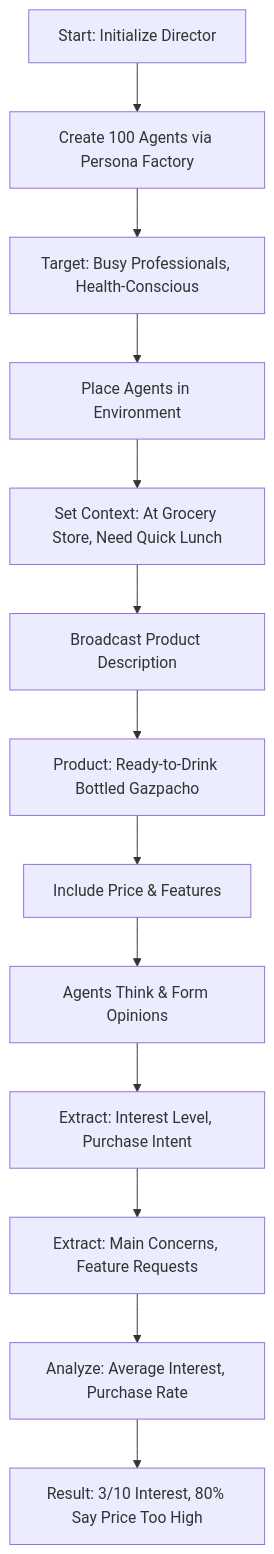
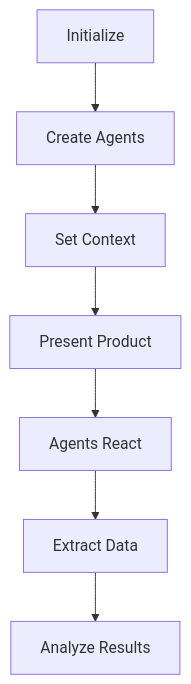
Before and after one commit to Param-Harrison/ebook-writer: diagram 12 of 16 in books/ai-simulation.md, drawn with Mermaid. The commit also changed other lines of this file and 35 other files, not shown here.

````diff
--- a/books/ai-simulation.md
+++ b/books/ai-simulation.md
@@ -608,15 +592,9 @@
 ```mermaid
-graph TD
-    A[Start: Initialize Director] --> B[Create 100 Agents via Persona Factory]
-    B --> C[Target: Busy Professionals, Health-Conscious]
-    C --> D[Place Agents in Environment]
-    D --> E[Set Context: At Grocery Store, Need Quick Lunch]
-    E --> F[Broadcast Product Description]
-    F --> G[Product: Ready-to-Drink Bottled Gazpacho]
-    G --> H[Include Price & Features]
-    H --> I[Agents Think & Form Opinions]
-    I --> J[Extract: Interest Level, Purchase Intent]
-    J --> K[Extract: Main Concerns, Feature Requests]
-    K --> L[Analyze: Average Interest, Purchase Rate]
-    L --> M[Result: 3/10 Interest, 80% Say Price Too High]
+flowchart TD
+    Start[Initialize] --> Create[Create Agents]
+    Create --> Setup[Set Context]
+    Setup --> Present[Present Product]
+    Present --> React[Agents React]
+    React --> Extract[Extract Data]
+    Extract --> Result[Analyze Results]
 ```
````
